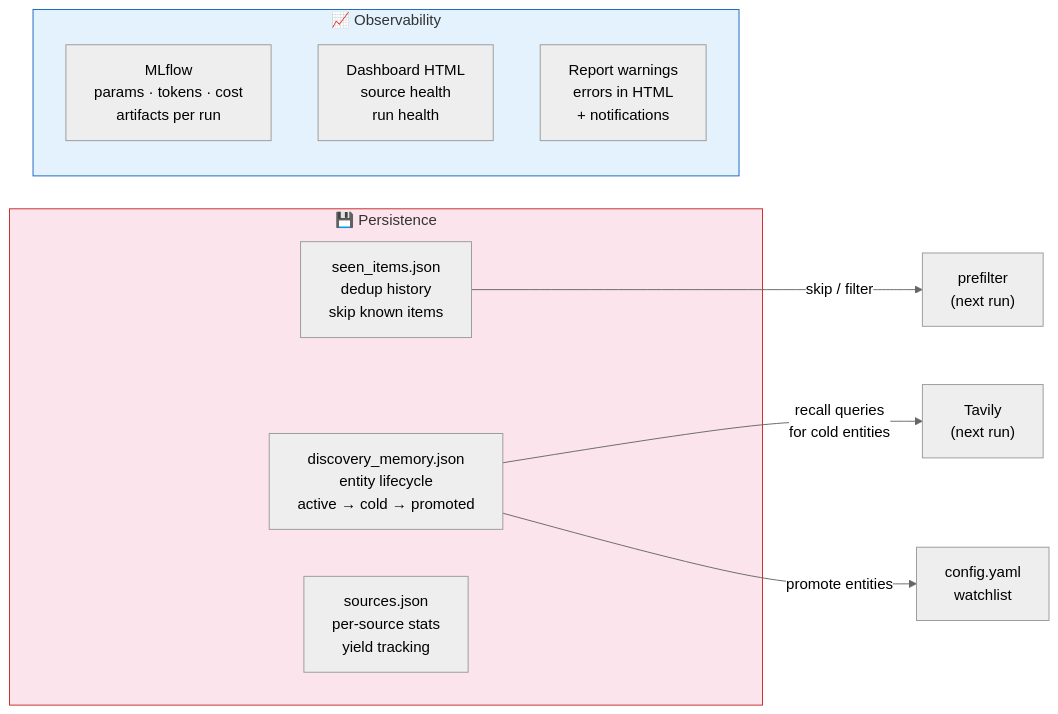
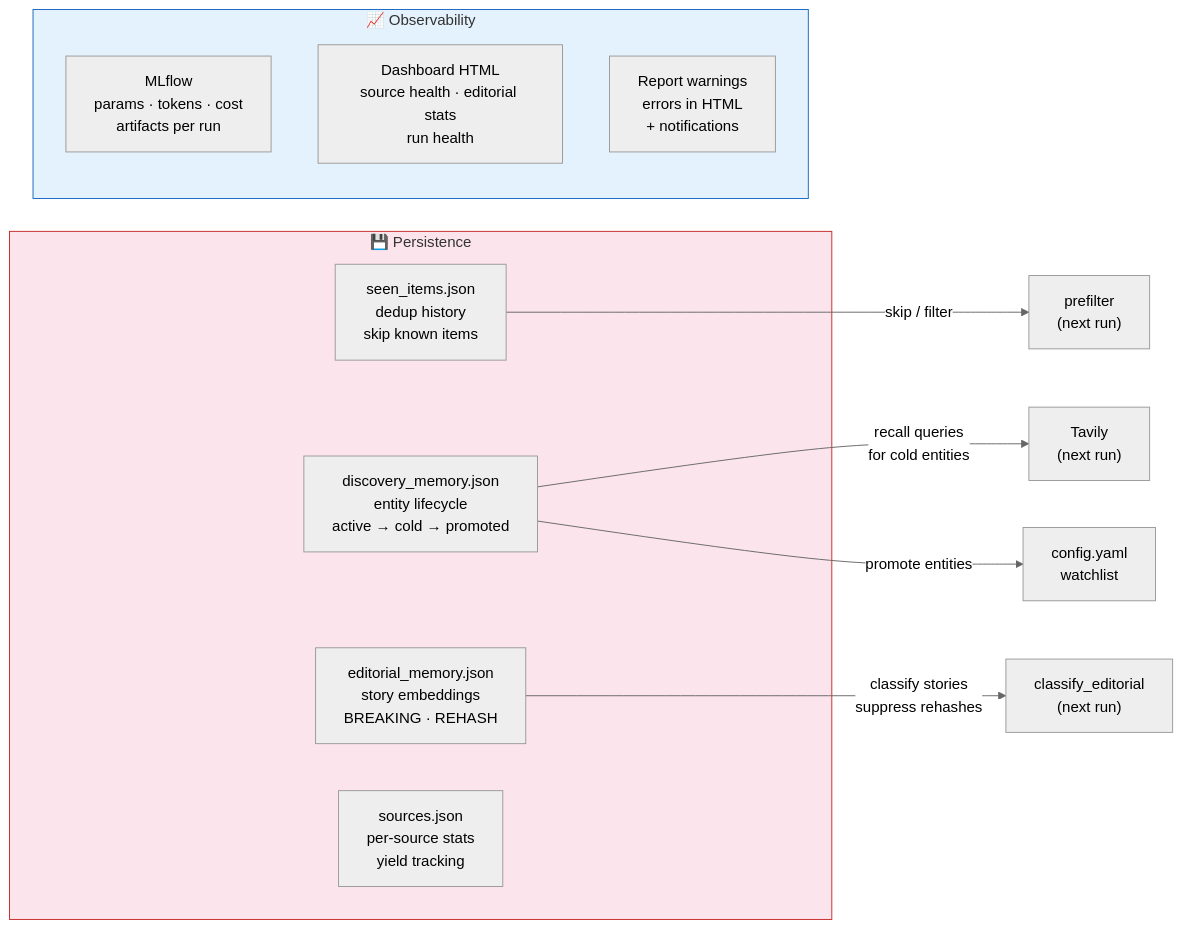
The third of 4 diagrams in README.md (kgrajski/neurotech_newshound), drawn with Mermaid (neutral theme) before and after one commit. The commit also changed other lines of this file and 12 other files, not shown here.

First line of the commit message:
Phase 14: Editorial memory — embedding-based story classification

````diff
--- a/README.md
+++ b/README.md
@@ -124,21 +126,23 @@
 ```mermaid
 flowchart LR
     subgraph persist ["💾 Persistence"]
         H["seen_items.json<br>dedup history<br>skip known items"]
         DM["discovery_memory.json<br>entity lifecycle<br>active → cold → promoted"]
+        EM["editorial_memory.json<br>story embeddings<br>BREAKING · REHASH"]
         SR["sources.json<br>per-source stats<br>yield tracking"]
     end
 
     subgraph observe ["📈 Observability"]
         ML["MLflow<br>params · tokens · cost<br>artifacts per run"]
-        DA["Dashboard HTML<br>source health<br>run health"]
+        DA["Dashboard HTML<br>source health · editorial stats<br>run health"]
         ER["Report warnings<br>errors in HTML<br>+ notifications"]
     end
 
     DM -->|"recall queries<br>for cold entities"| TAVILY["Tavily<br>(next run)"]
     DM -->|"promote entities"| CFG["config.yaml<br>watchlist"]
     H -->|"skip / filter"| FILTER["prefilter<br>(next run)"]
+    EM -->|"classify stories<br>suppress rehashes"| CLASS["classify_editorial<br>(next run)"]
 
     style persist fill:#fce4ec,stroke:#c62828
     style observe fill:#e3f2fd,stroke:#1565c0
 ```
````
